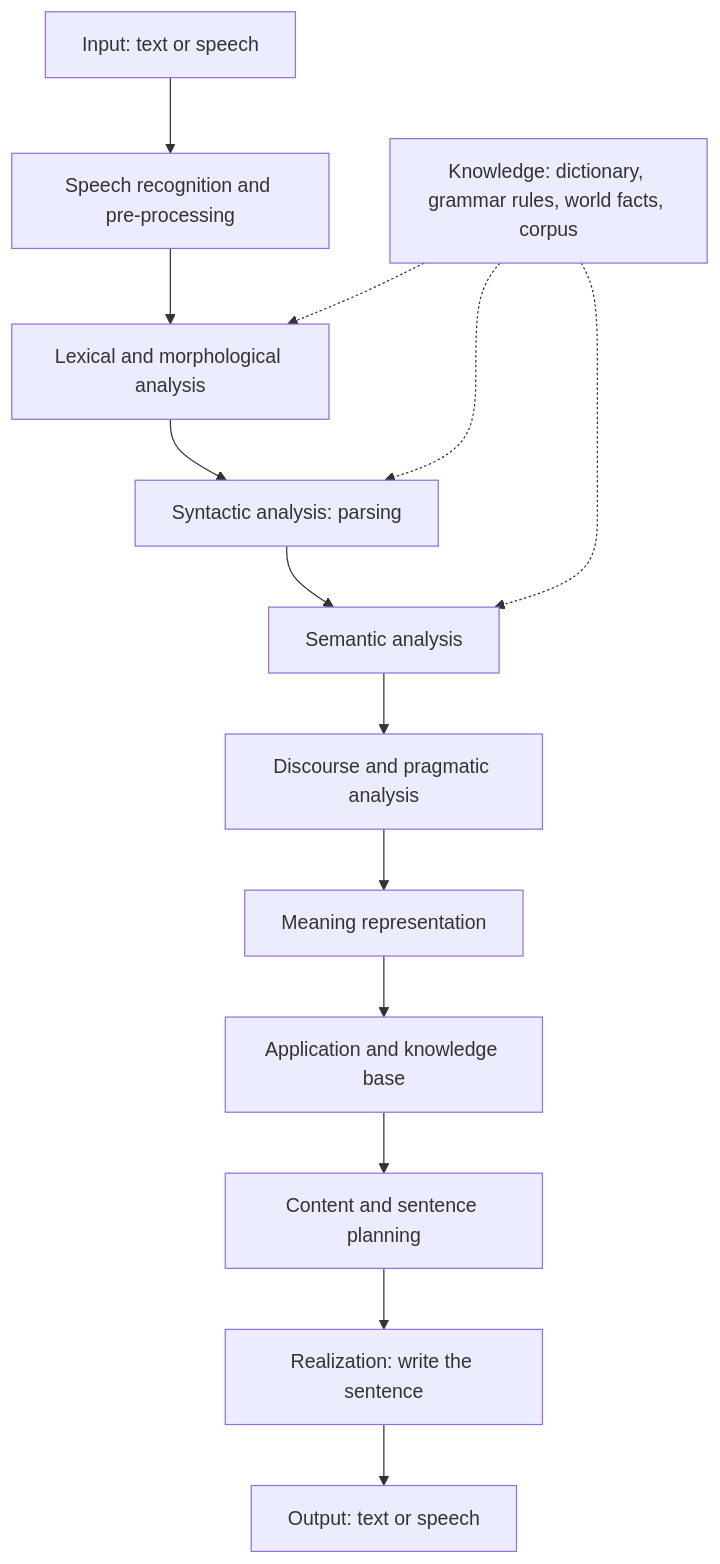
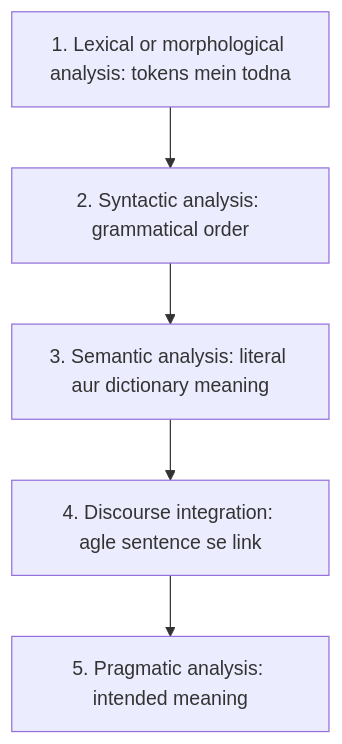
One commit to TrendySloth1001/sem-seven-notes changed the second of 3 diagrams in content/natural-language-processing/notes/nlp-introduction.hi.mdx. Above: the diagram before and after it, drawn with Mermaid. The commit also changed other lines of this file and 406 other files, not shown here.

````diff
--- a/content/natural-language-processing/notes/nlp-introduction.hi.mdx
+++ b/content/natural-language-processing/notes/nlp-introduction.hi.mdx
@@ -135,17 +64,8 @@
 ```mermaid
-%% caption: Generic NLP system. Upar ki rows user ko samajhti hain (NLU), application kaam karti hai, aur neeche ki rows reply banati hain (NLG). Side ke knowledge boxes har stage use karta hai.
+%% caption: Paanch stages order mein. Har stage pichhle stage ka output leta hai aur sentence ke baare mein ek aur cheez check karta hai.
 flowchart TD
-  A["Input: text or speech"] --> B["Speech recognition and pre-processing"]
-  B --> C["Lexical and morphological analysis"]
-  C --> D["Syntactic analysis: parsing"]
-  D --> E["Semantic analysis"]
-  E --> F["Discourse and pragmatic analysis"]
-  F --> G["Meaning representation"]
-  G --> H["Application and knowledge base"]
-  H --> I["Content and sentence planning"]
-  I --> J["Realization: write the sentence"]
-  J --> K["Output: text or speech"]
-  L["Knowledge: dictionary, grammar rules, world facts, corpus"] -.-> C
-  L -.-> D
-  L -.-> E
+  A["1. Lexical or morphological analysis: tokens mein todna"] --> B["2. Syntactic analysis: grammatical order"]
+  B --> C["3. Semantic analysis: literal aur dictionary meaning"]
+  C --> D["4. Discourse integration: agle sentence se link"]
+  D --> E["5. Pragmatic analysis: intended meaning"]
 ```
````
